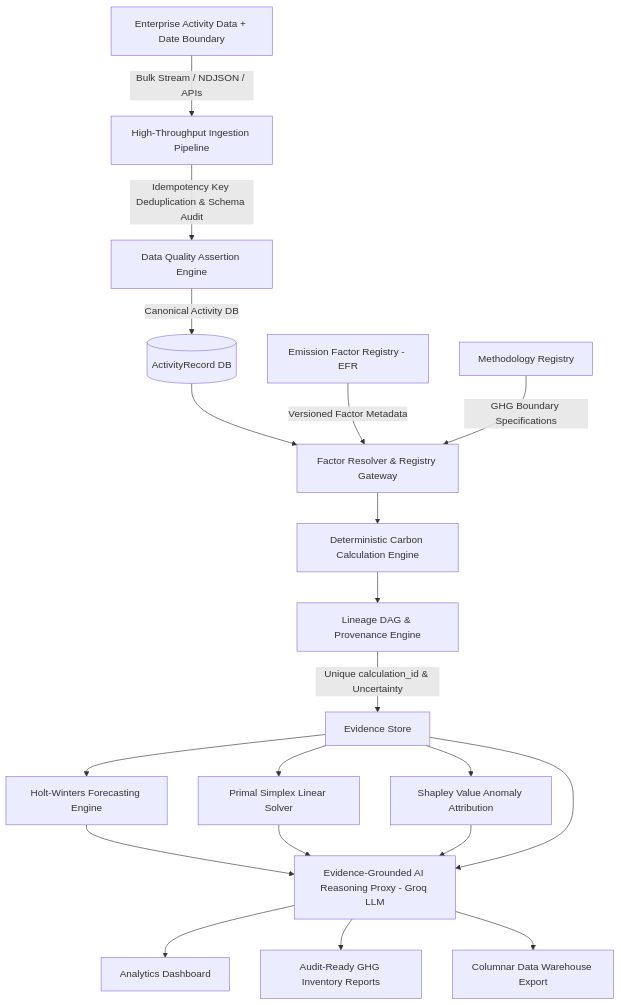
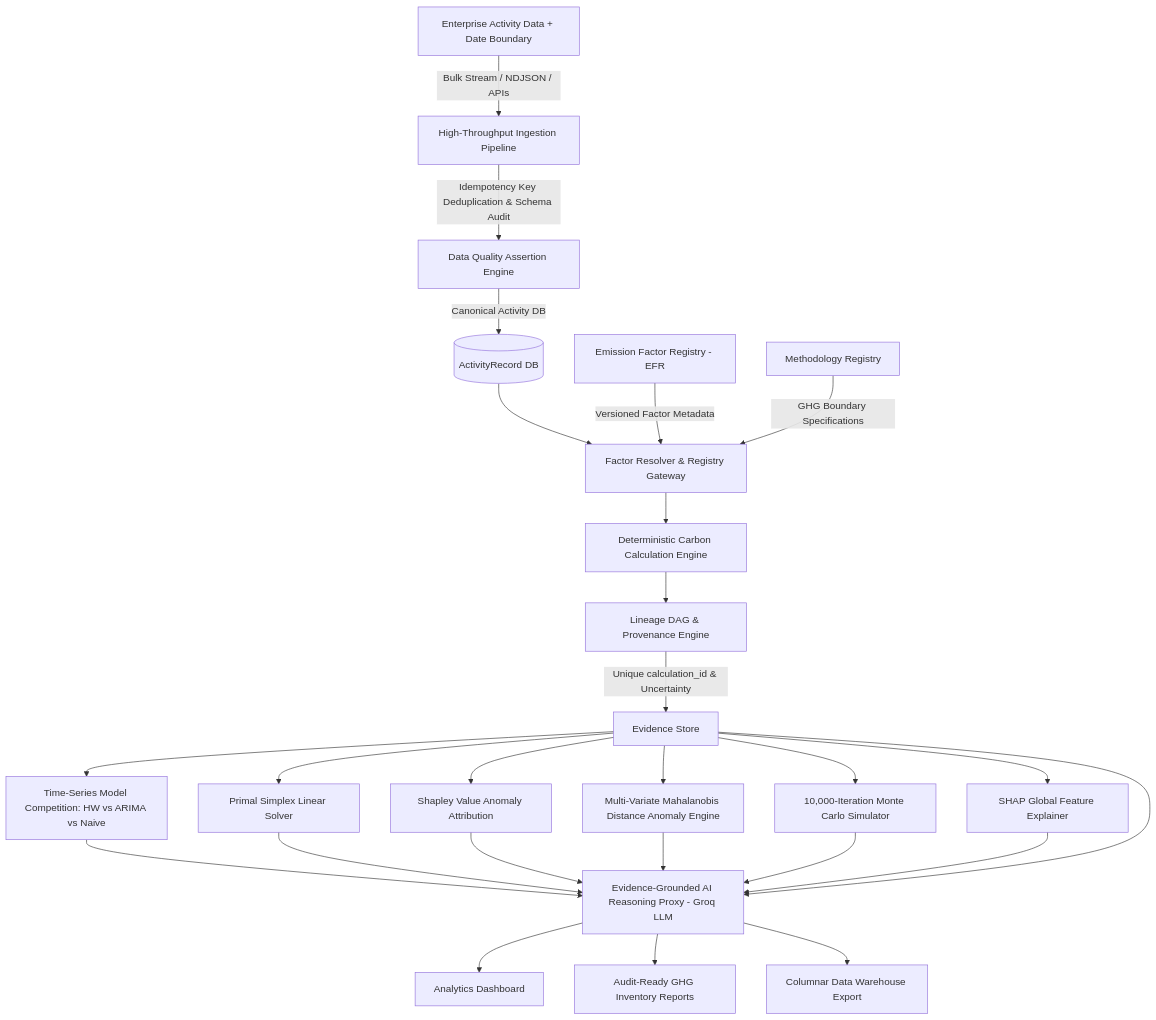
Before and after one commit to Dhruvg334/Carbonly: the diagram in README.md, drawn with Mermaid. The commit also changed other lines of this file and 6 other files, not shown here.

Commit message:
feat(ds): add model selection competition (HW vs ARIMA vs Naive), Mahalanobis distance anomaly, 10k Monte Carlo, and SHAP explainer

````diff
--- a/README.md
+++ b/README.md
@@ -29,25 +30,31 @@
 ```mermaid
 graph TD
     A[Enterprise Activity Data + Date Boundary] -->|Bulk Stream / NDJSON / APIs| B[High-Throughput Ingestion Pipeline]
     B -->|Idempotency Key Deduplication & Schema Audit| C[Data Quality Assertion Engine]
     C -->|Canonical Activity DB| D[(ActivityRecord DB)]
     D --> E[Factor Resolver & Registry Gateway]
     F[Emission Factor Registry - EFR] -->|Versioned Factor Metadata| E
     G[Methodology Registry] -->|GHG Boundary Specifications| E
     E --> H[Deterministic Carbon Calculation Engine]
     H --> I[Lineage DAG & Provenance Engine]
     I -->|Unique calculation_id & Uncertainty| J[Evidence Store]
     
-    J --> K[Holt-Winters Forecasting Engine]
+    J --> K[Time-Series Model Competition: HW vs ARIMA vs Naive]
     J --> L[Primal Simplex Linear Solver]
     J --> M[Shapley Value Anomaly Attribution]
+    J --> R[Multi-Variate Mahalanobis Distance Anomaly Engine]
+    J --> S[10,000-Iteration Monte Carlo Simulator]
+    J --> T[SHAP Global Feature Explainer]
     
     K --> N[Evidence-Grounded AI Reasoning Proxy - Groq LLM]
     L --> N
     M --> N
+    R --> N
+    S --> N
+    T --> N
     J --> N
     
     N --> O[Analytics Dashboard]
     N --> P[Audit-Ready GHG Inventory Reports]
     N --> Q[Columnar Data Warehouse Export]
 ```
````
